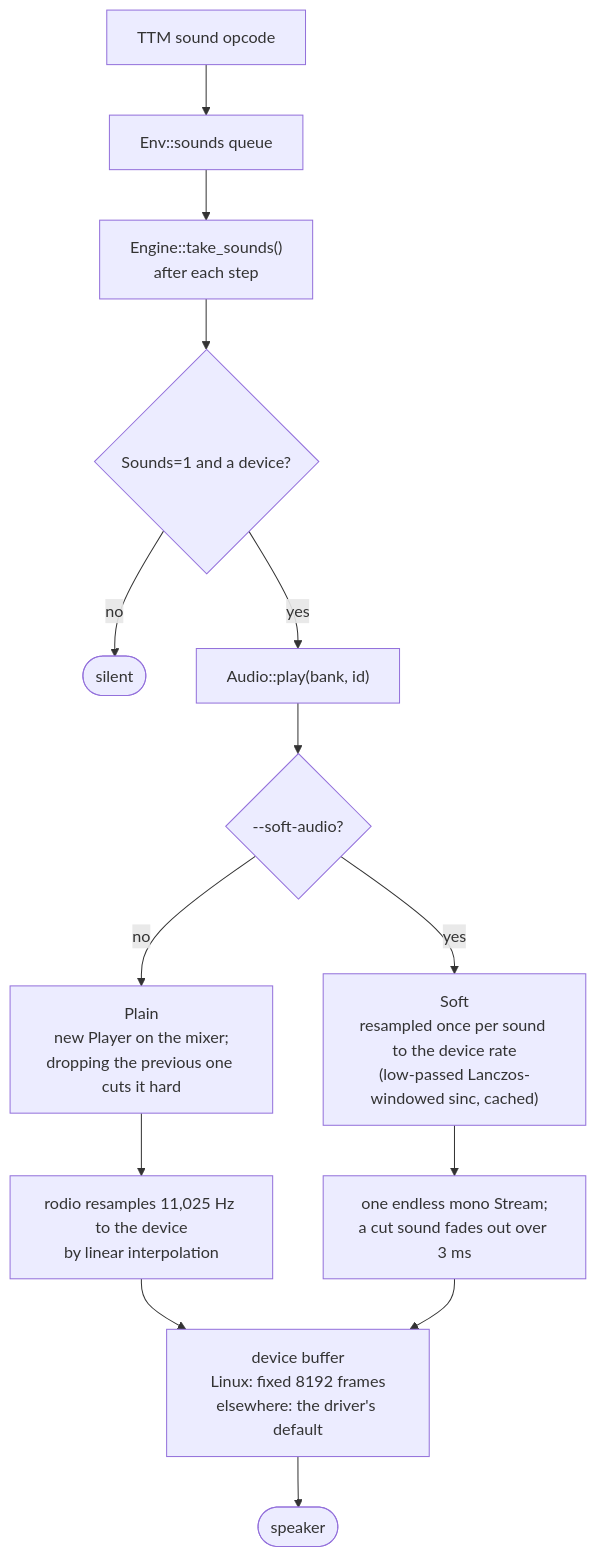
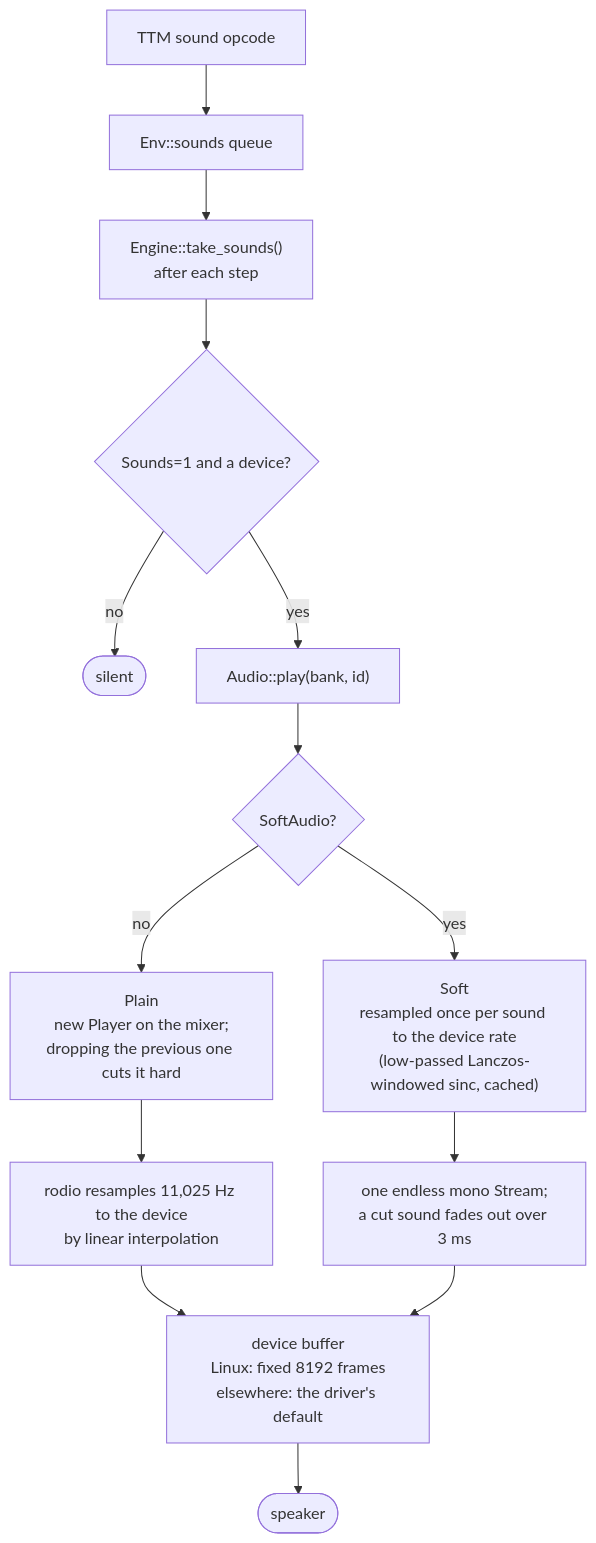
Diagram 12 of 13 in docs/DIAGRAMS.md (glauberlima/open-scrantic), drawn with Mermaid before and after one commit. The commit also changed other lines of this file and 8 other files, not shown here.

First line of the commit message:
feat(windows): make dedither and soft audio settings of the screensaver

````diff
--- a/docs/DIAGRAMS.md
+++ b/docs/DIAGRAMS.md
@@ -326,19 +326,19 @@
 ```mermaid
 flowchart TD
     OP["TTM sound opcode"] --> Q["Env::sounds queue"]
     Q --> TS["Engine::take_sounds()<br/>after each step"]
     TS --> G{"Sounds=1 and a device?"}
     G -->|no| SIL(["silent"])
     G -->|yes| PLAY["Audio::play(bank, id)"]
-    PLAY --> M{"--soft-audio?"}
+    PLAY --> M{"SoftAudio?"}
 
     M -->|no| PLN["Plain<br/>new Player on the mixer;<br/>dropping the previous one cuts it hard"]
     PLN --> RS1["rodio resamples 11,025 Hz to the device<br/>by linear interpolation"]
 
     M -->|yes| SFT["Soft<br/>resampled once per sound to the device rate<br/>(low-passed Lanczos-windowed sinc, cached)"]
     SFT --> MIX["one endless mono Stream;<br/>a cut sound fades out over 3 ms"]
 
     RS1 --> OUT["device buffer<br/>Linux: fixed 8192 frames<br/>elsewhere: the driver's default"]
     MIX --> OUT
     OUT --> SPK(["speaker"])
 ```
````
